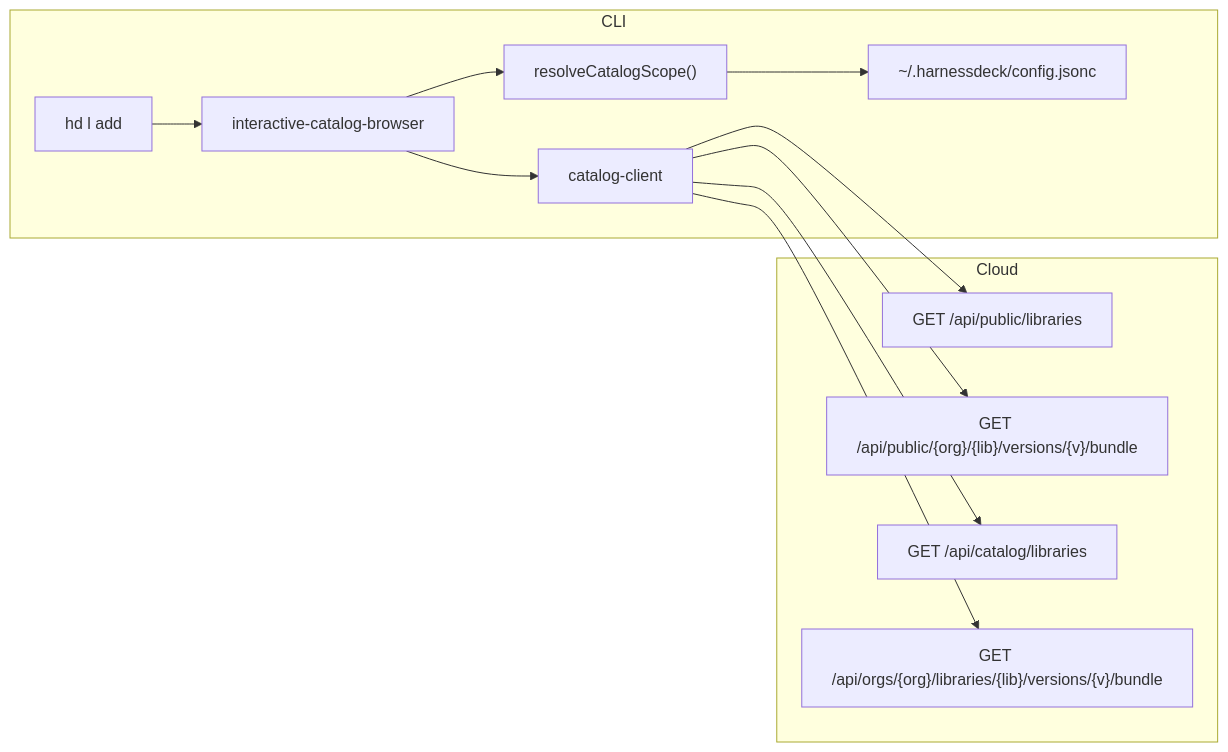
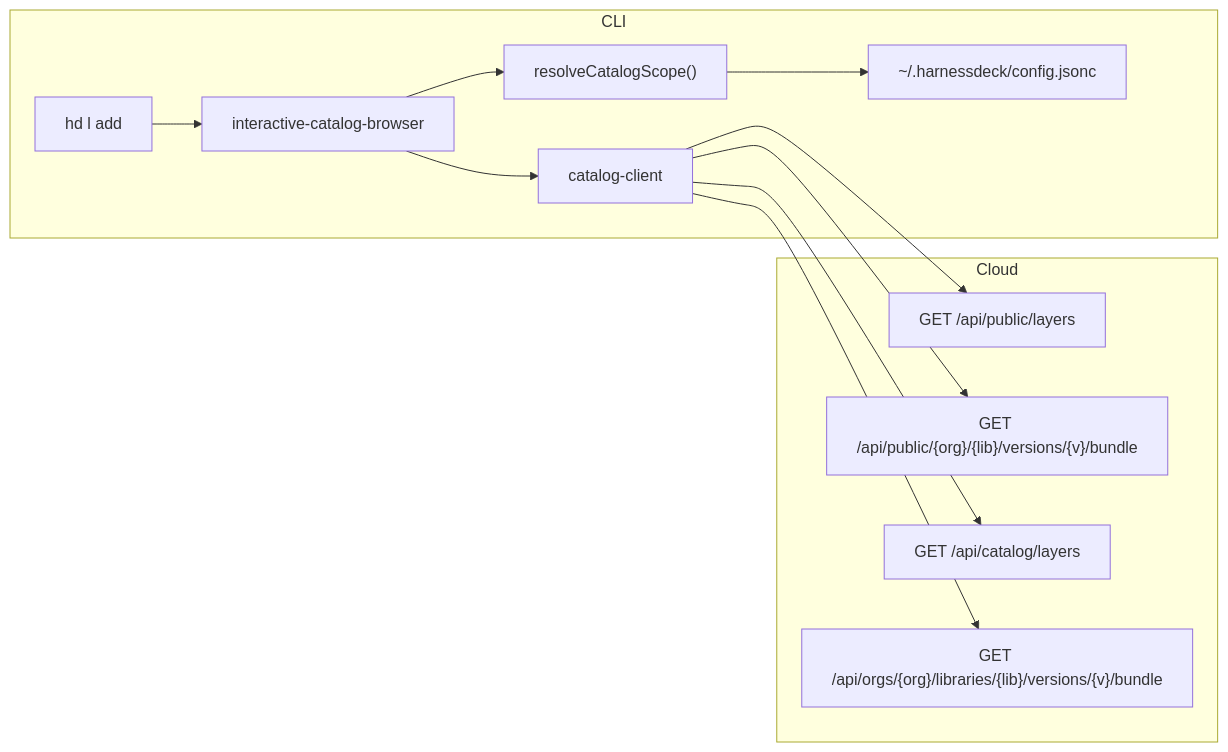
Before and after one commit to harnesstap/harnesstap: the diagram in docs/superpowers/specs/2026-06-07-catalog-browse-design.md, drawn with Mermaid. The commit also changed other lines of this file and 18 other files, not shown here.

First line of the commit message:
Breaking: rename catalog library to layer in API paths and config.

````diff
--- a/docs/superpowers/specs/2026-06-07-catalog-browse-design.md
+++ b/docs/superpowers/specs/2026-06-07-catalog-browse-design.md
@@ -56,26 +56,26 @@
 ```mermaid
 flowchart LR
   subgraph CLI
     ADD["hd l add"]
     BROWSER["interactive-catalog-browser"]
     SCOPE["resolveCatalogScope()"]
     CLIENT["catalog-client"]
     CONFIG["~/.harnessdeck/config.jsonc"]
   end
 
   subgraph Cloud
-    PUB["GET /api/public/libraries"]
+    PUB["GET /api/public/layers"]
     PUB_BUNDLE["GET /api/public/{org}/{lib}/versions/{v}/bundle"]
-    AUTH["GET /api/catalog/libraries"]
+    AUTH["GET /api/catalog/layers"]
     AUTH_BUNDLE["GET /api/orgs/{org}/libraries/{lib}/versions/{v}/bundle"]
   end
 
   ADD --> BROWSER
   BROWSER --> SCOPE
   SCOPE --> CONFIG
   BROWSER --> CLIENT
   CLIENT --> PUB
   CLIENT --> PUB_BUNDLE
   CLIENT --> AUTH
   CLIENT --> AUTH_BUNDLE
 ```
````
